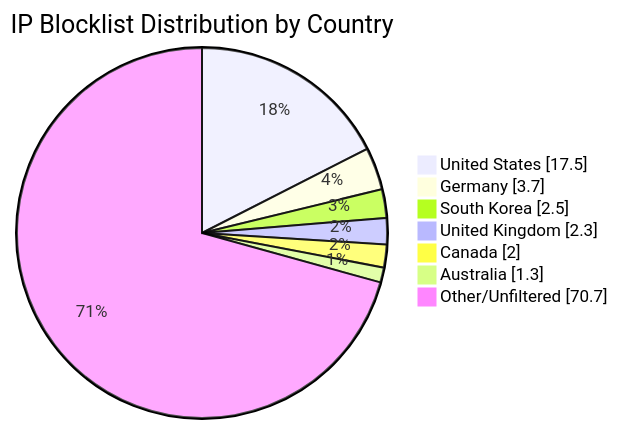
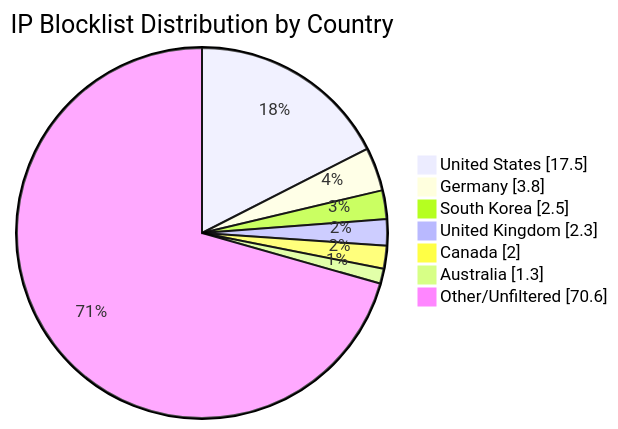
The diagram in README.md (MarcusHoltz/ipblocklist-geofiltered-aggregator), drawn with Mermaid before and after one commit. The commit also changed other lines of this file and 9 other files, not shown here.

````diff
--- a/README.md
+++ b/README.md
@@ -34,10 +34,10 @@
 ```mermaid
 pie showData title IP Blocklist Distribution by Country
 "United States" : 17.5
-"Germany" : 3.7
+"Germany" : 3.8
 "South Korea" : 2.5
 "United Kingdom" : 2.3
 "Canada" : 2.0
 "Australia" : 1.3
-"Other/Unfiltered" : 70.7
+"Other/Unfiltered" : 70.6
 ```
````
